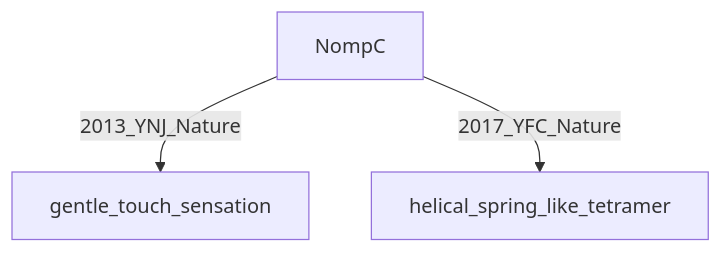
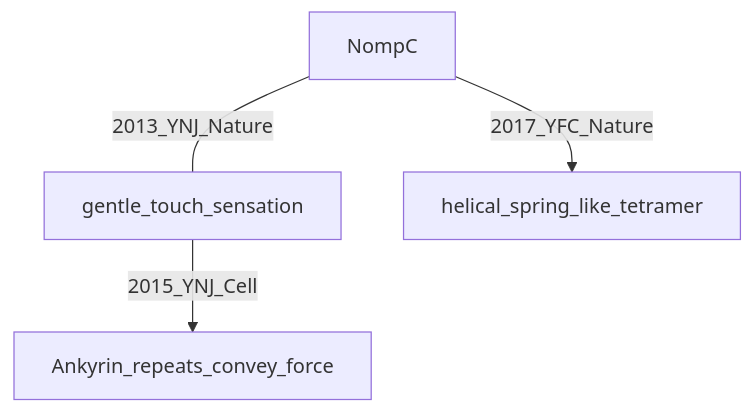
One commit to psichen/psichen.github.io changed the first of 4 diagrams in source/resources/mindmap/NompC.md. Above: the diagram before and after it, drawn with Mermaid. The commit also changed other lines of this file and 7 other files, not shown here.

````diff
--- a/source/resources/mindmap/NompC.md
+++ b/source/resources/mindmap/NompC.md
@@ -3,6 +3,8 @@
 ```mermaid
 flowchart TB
 
-NompC --> |2013_YNJ_Nature| gentle_touch_sensation
+NompC --- |2013_YNJ_Nature| gentle_touch_sensation
+gentle_touch_sensation --> |2015_YNJ_Cell| Ankyrin_repeats_convey_force
+
 NompC --> |2017_YFC_Nature| helical_spring_like_tetramer
 ```
````
